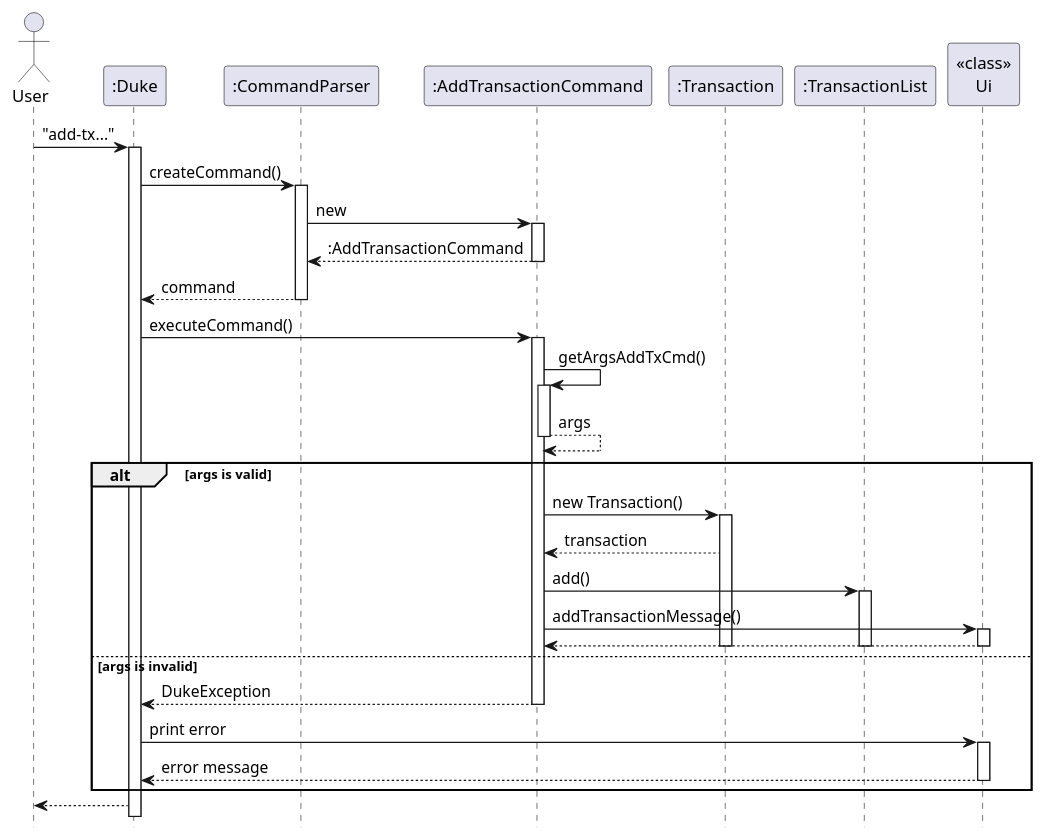
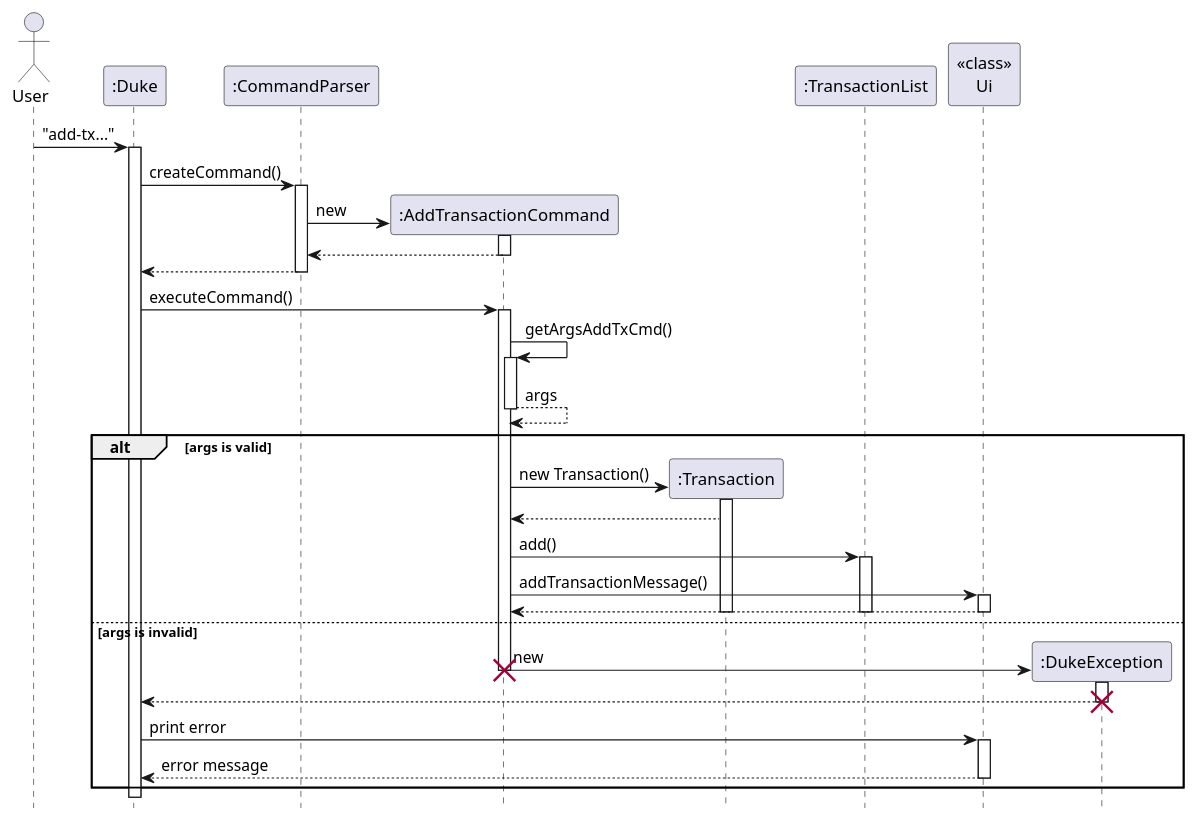
One commit to nus-cs2113-AY2223S1/tp changed the diagram in docs/diagrams/transaction/AddTransactionSequence.puml. Above: the diagram before and after it, drawn with PlantUML. The commit also changed 13 other files, not shown here.

Commit message:
Update diagrams

```diff
--- a/docs/diagrams/transaction/AddTransactionSequence.puml
+++ b/docs/diagrams/transaction/AddTransactionSequence.puml
@@ -1,41 +1,44 @@
 @startuml
 hide footbox
 
 Actor User
 "User" -> ":Duke": "add-tx..."
 activate ":Duke"
 ":Duke" -> ":CommandParser": createCommand()
 activate ":CommandParser"
-":CommandParser" -> ":AddTransactionCommand": new
+":CommandParser" -> ":AddTransactionCommand"**: new
 activate ":AddTransactionCommand"
-return :AddTransactionCommand
-":CommandParser" --> ":Duke": command
+return
+":CommandParser" --> ":Duke":
 deactivate
 
 ":Duke" -> ":AddTransactionCommand" : executeCommand()
 activate ":AddTransactionCommand"
 ":AddTransactionCommand" -> ":AddTransactionCommand": getArgsAddTxCmd()
 activate ":AddTransactionCommand"
 return args
 alt args is valid
-    ":AddTransactionCommand" -> ":Transaction": new Transaction()
+    ":AddTransactionCommand" -> ":Transaction"**: new Transaction()
     activate ":Transaction"
-    ":Transaction" --> ":AddTransactionCommand": transaction
+    ":Transaction" --> ":AddTransactionCommand"
     ":AddTransactionCommand" -> ":TransactionList": add()
     activate ":TransactionList"
     ":AddTransactionCommand" -> "<<class>>\nUi": addTransactionMessage()
     activate "<<class>>\nUi"
     return
     deactivate ":TransactionList"
     deactivate "<<class>>\nUi"
     deactivate ":Transaction"
 else args is invalid
-    ":AddTransactionCommand" --> ":Duke" : DukeException
-    deactivate ":AddTransactionCommand"
+    ":AddTransactionCommand" -> ":DukeException"** : new
+    destroy ":AddTransactionCommand"
+    activate ":DukeException"
+    ":DukeException" --> ":Duke"
+    destroy ":DukeException"
     ":Duke" -> "<<class>>\nUi" : print error
     activate "<<class>>\nUi"
     "<<class>>\nUi" --> ":Duke" : error message
     deactivate "<<class>>\nUi"
 end
-":Duke" --> "User"
+
 @enduml
```
